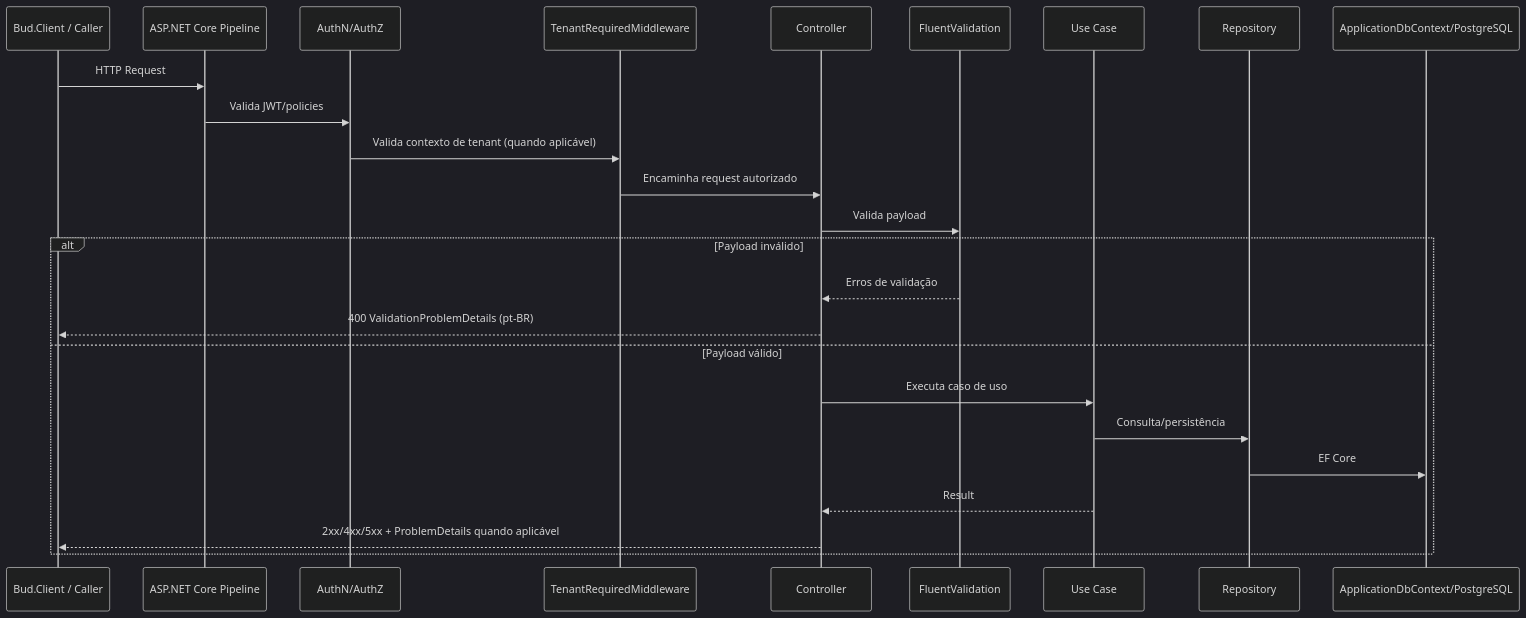
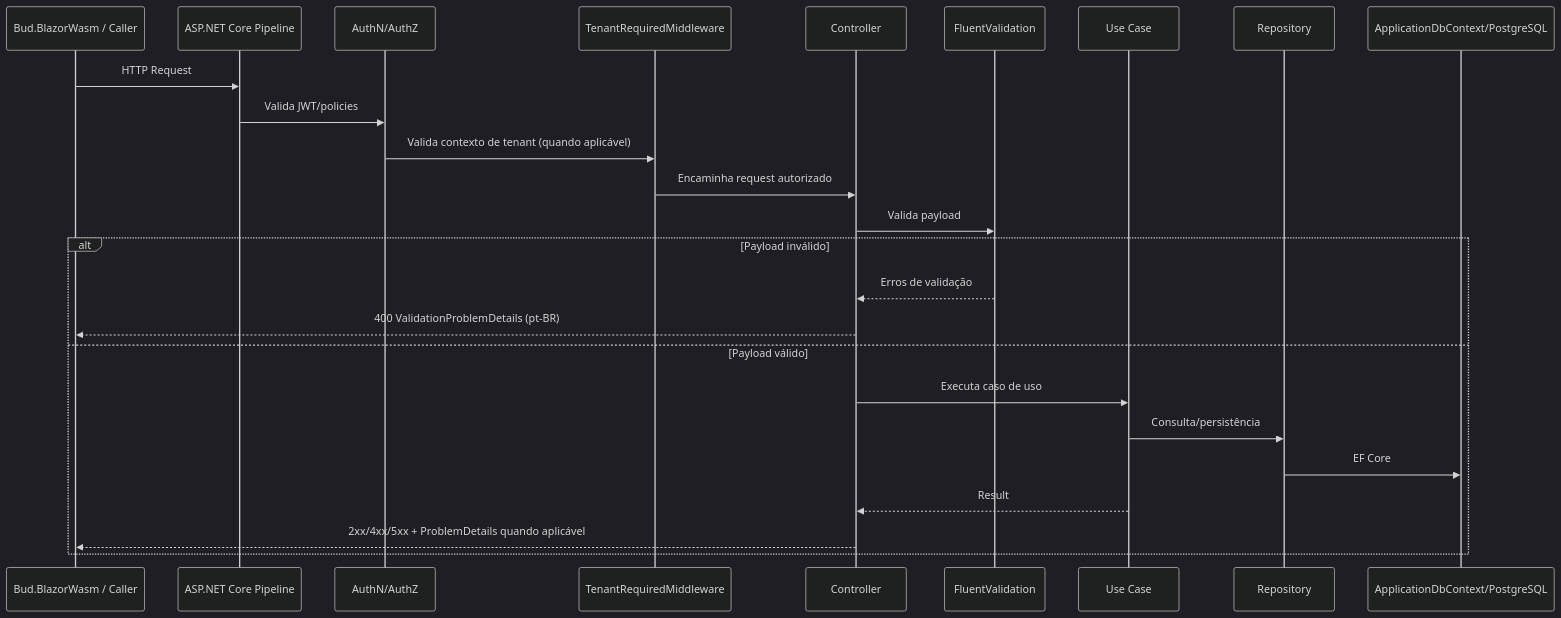
The sixth of 11 diagrams in README.md (dsbraz/bud), drawn with Mermaid (dark theme) before and after one commit. The commit also changed other lines of this file and 1152 other files, not shown here.

````diff
--- a/README.md
+++ b/README.md
@@ -366,29 +365,29 @@
 ```mermaid
 sequenceDiagram
-    participant UI as Bud.Client / Caller
+    participant UI as Bud.BlazorWasm / Caller
     participant API as ASP.NET Core Pipeline
     participant AUTH as AuthN/AuthZ
     participant TENANT as TenantRequiredMiddleware
     participant CTRL as Controller
     participant VAL as FluentValidation
     participant UC as Use Case
     participant REPO as Repository
     participant DB as ApplicationDbContext/PostgreSQL
 
     UI->>API: HTTP Request
     API->>AUTH: Valida JWT/policies
     AUTH->>TENANT: Valida contexto de tenant (quando aplicável)
     TENANT->>CTRL: Encaminha request autorizado
     CTRL->>VAL: Valida payload
 
     alt Payload inválido
         VAL-->>CTRL: Erros de validação
         CTRL-->>UI: 400 ValidationProblemDetails (pt-BR)
     else Payload válido
         CTRL->>UC: Executa caso de uso
         UC->>REPO: Consulta/persistência
         REPO->>DB: EF Core
         UC-->>CTRL: Result
         CTRL-->>UI: 2xx/4xx/5xx + ProblemDetails quando aplicável
     end
 ```
````
